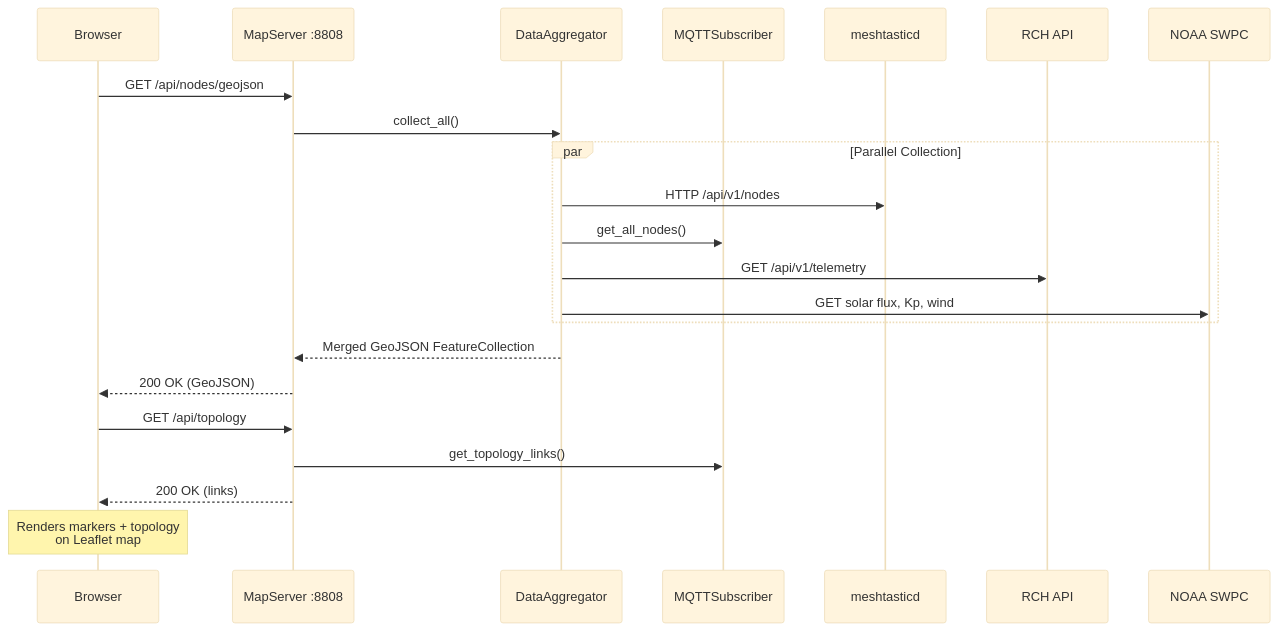
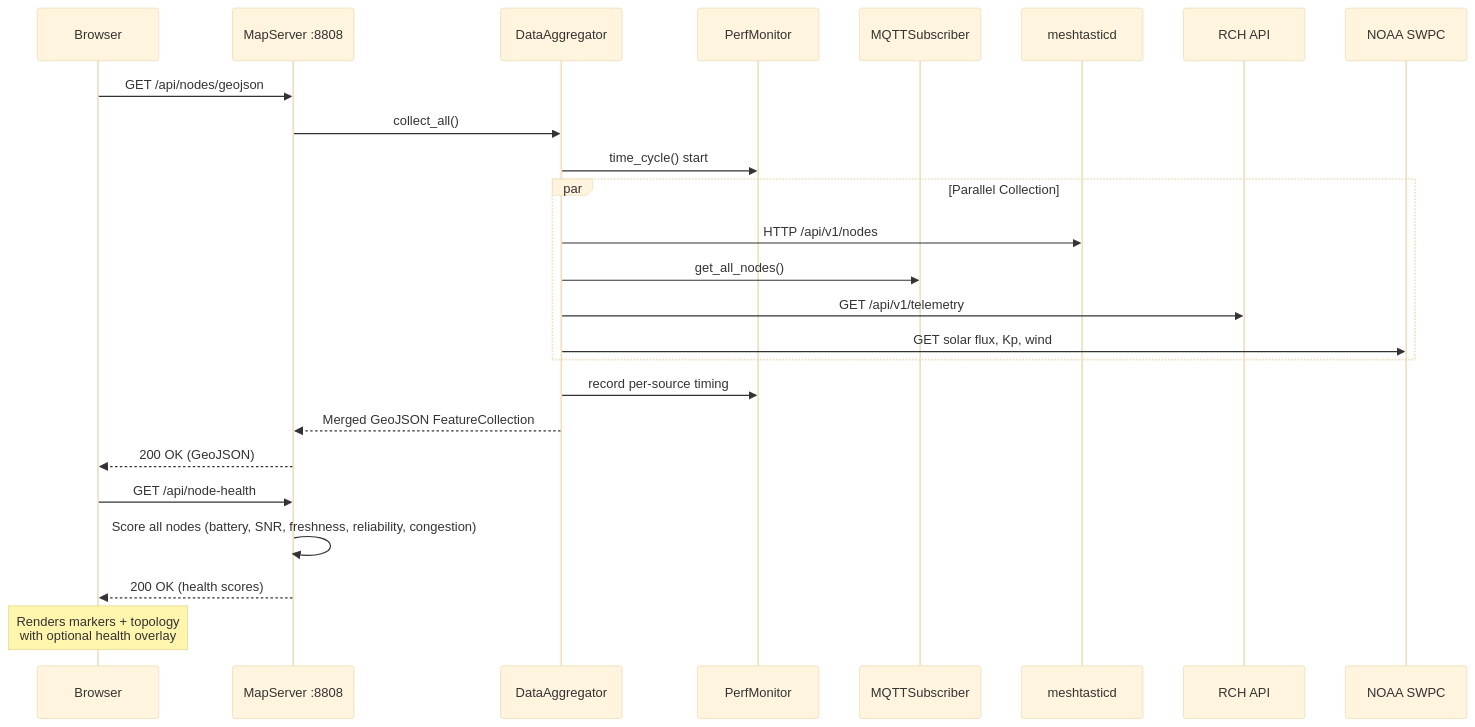
Before and after one commit to Nursedude/meshforge-maps: the second of 4 diagrams in README.md, drawn with Mermaid (base theme). The commit also changed other lines of this file, not shown here.

First line of the commit message:
docs: comprehensive README update reflecting v0.7.0-beta state and roadmap

````diff
--- a/README.md
+++ b/README.md
@@ -102,29 +146,32 @@
 ```mermaid
 sequenceDiagram
     participant Browser
     participant Server as MapServer :8808
     participant Agg as DataAggregator
+    participant Perf as PerfMonitor
     participant MQTT as MQTTSubscriber
     participant Mesh as meshtasticd
     participant RCH as RCH API
     participant NOAA as NOAA SWPC
 
     Browser->>Server: GET /api/nodes/geojson
     Server->>Agg: collect_all()
+    Agg->>Perf: time_cycle() start
 
     par Parallel Collection
         Agg->>Mesh: HTTP /api/v1/nodes
         Agg->>MQTT: get_all_nodes()
         Agg->>RCH: GET /api/v1/telemetry
         Agg->>NOAA: GET solar flux, Kp, wind
     end
 
+    Agg->>Perf: record per-source timing
     Agg-->>Server: Merged GeoJSON FeatureCollection
     Server-->>Browser: 200 OK (GeoJSON)
 
-    Browser->>Server: GET /api/topology
-    Server->>MQTT: get_topology_links()
-    Server-->>Browser: 200 OK (links)
+    Browser->>Server: GET /api/node-health
+    Server->>Server: Score all nodes (battery, SNR, freshness, reliability, congestion)
+    Server-->>Browser: 200 OK (health scores)
 
-    Note over Browser: Renders markers + topology<br/>on Leaflet map
+    Note over Browser: Renders markers + topology<br/>with optional health overlay
 ```
````
